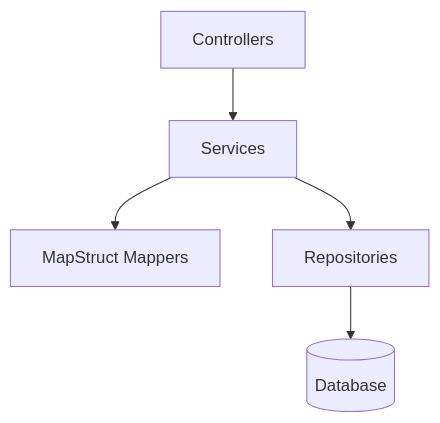
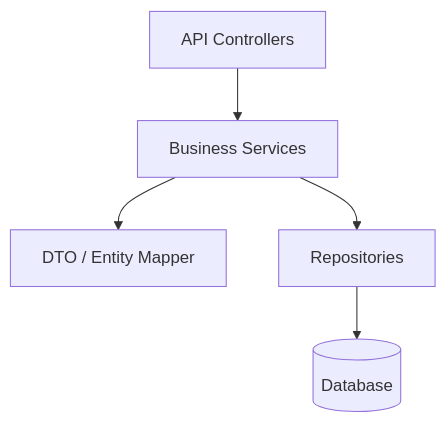
Before and after one commit to ijgomez/template: the third of 5 diagrams in template-docs/01-introduction/architecture.md, drawn with Mermaid. The commit also changed other lines of this file and 4 other files, not shown here.

````diff
--- a/template-docs/01-introduction/architecture.md
+++ b/template-docs/01-introduction/architecture.md
@@ -104,18 +199,18 @@
 ```mermaid
 flowchart TB
 
-Controller["Controllers"]
+Controller["API Controllers"]
 
-Service["Services"]
+Service["Business Services"]
 
-Mapper["MapStruct Mappers"]
+Mapper["DTO / Entity Mapper"]
 
 Repository["Repositories"]
 
 Database[(Database)]
 
 Controller --> Service
 Service --> Mapper
 Service --> Repository
 Repository --> Database
 ```
````
